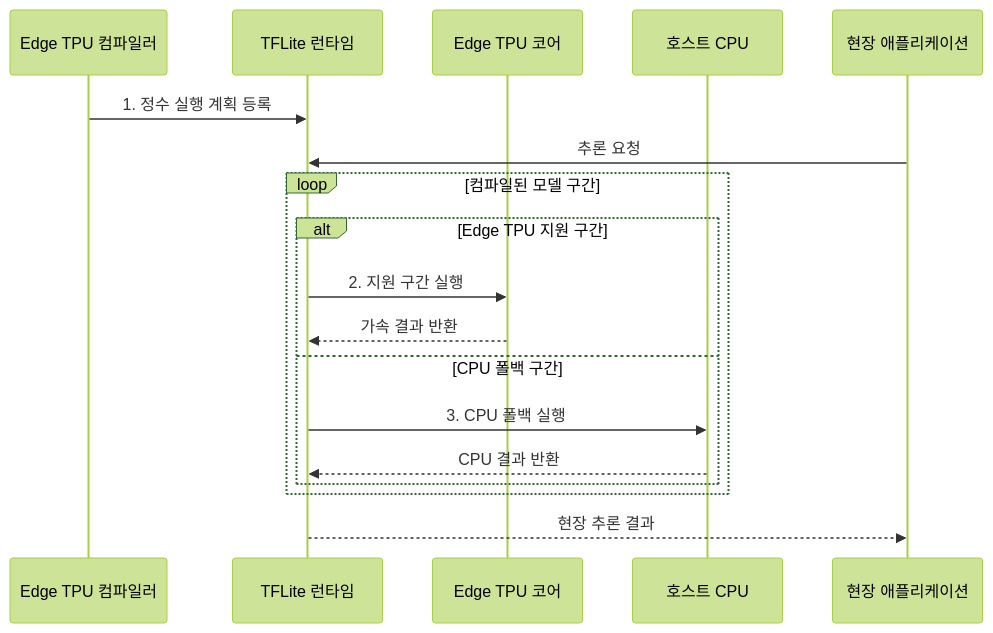
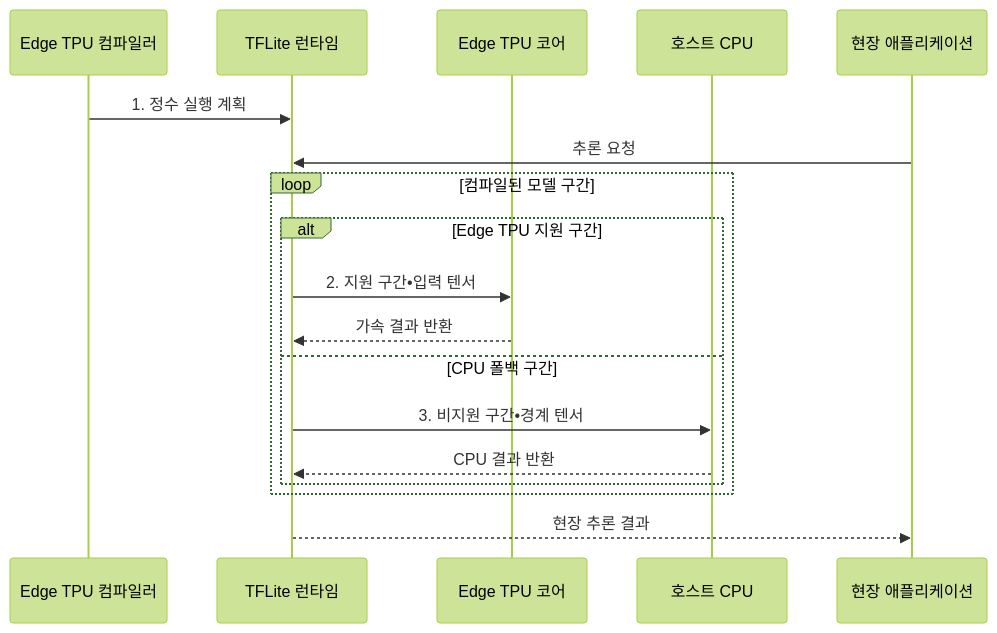
One commit to agnusdei1207/knowledge-base changed the second of 2 diagrams in src/content/docs/notes/02-hardware/045_edge_tpu.md. Above: the diagram before and after it, drawn with Mermaid (forest theme). The commit also changed other lines of this file and 20 other files, not shown here.

````diff
--- a/src/content/docs/notes/02-hardware/045_edge_tpu.md
+++ b/src/content/docs/notes/02-hardware/045_edge_tpu.md
@@ -87,21 +90,21 @@
 ```mermaid
 sequenceDiagram
     participant C as Edge TPU 컴파일러
     participant R as TFLite 런타임
     participant E as Edge TPU 코어
     participant H as 호스트 CPU
     participant A as 현장 애플리케이션
 
-    C->>R: 1. 정수 실행 계획 등록
+    C->>R: 1. 정수 실행 계획
     A->>R: 추론 요청
     loop 컴파일된 모델 구간
         alt Edge TPU 지원 구간
-            R->>E: 2. 지원 구간 실행
+            R->>E: 2. 지원 구간•입력 텐서
             E-->>R: 가속 결과 반환
         else CPU 폴백 구간
-            R->>H: 3. CPU 폴백 실행
+            R->>H: 3. 비지원 구간•경계 텐서
             H-->>R: CPU 결과 반환
         end
     end
     R-->>A: 현장 추론 결과
 ```
````
